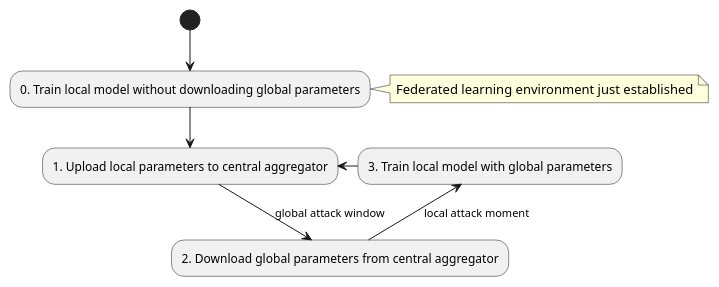
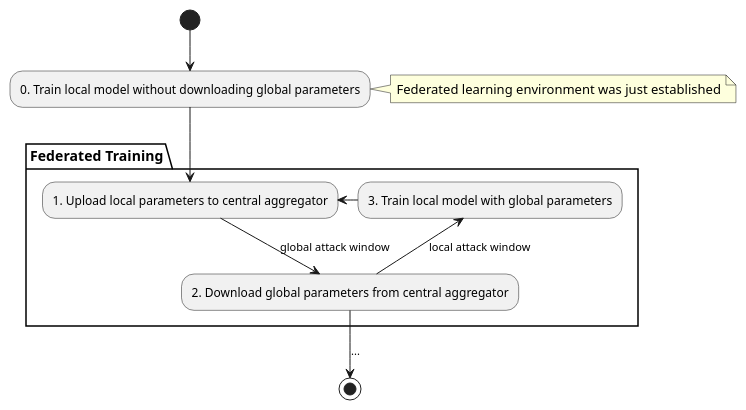
One commit to gongzhimin/Membership-Inference-Attack-in-Federated-Learning changed the diagram in report/imgs/participant-activities.puml. Above: the diagram before and after it, drawn with PlantUML. The commit also changed 3 other files, not shown here.

Commit message:
draw two diagram

```diff
--- a/report/imgs/participant-activities.puml
+++ b/report/imgs/participant-activities.puml
@@ -1,8 +1,13 @@
 @startuml participant-activities
 (*) --> "0. Train local model without downloading global parameters" as node1
-note right: Federated learning environment just established
+note right: Federated learning environment was just established
+
+partition "Federated Training"
 node1 --> "1. Upload local parameters to central aggregator" as node2
 node2 -right->[global attack window] "2. Download global parameters from central aggregator" as node3
-node3 -up->[local attack moment] "3. Train local model with global parameters" as node4
+node3 -up->[local attack window] "3. Train local model with global parameters" as node4
 node4 -left-> node2
+end partition
+
+node3 -down->[...] (*)
 @enduml
```
